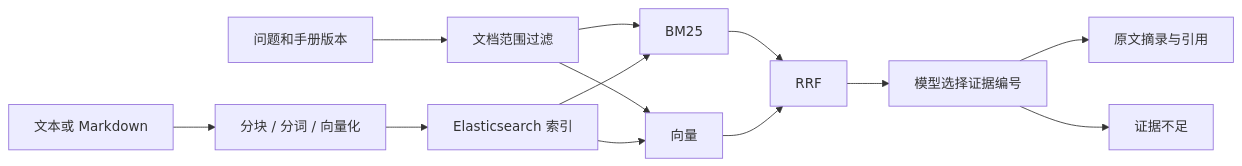
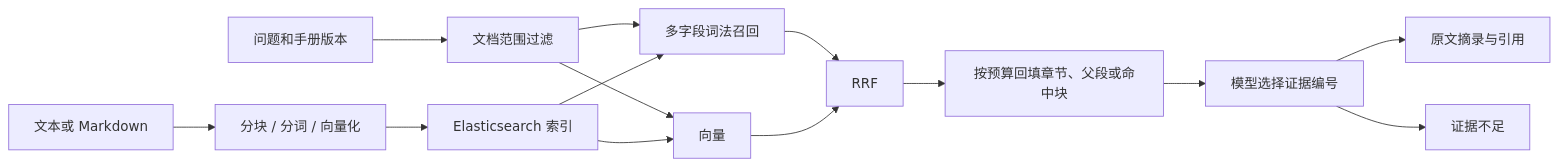
One commit to Zhi-Xiang-Guo/rag4pro changed the diagram in README.md. Above: the diagram before and after it, drawn with Mermaid. The commit also changed other lines of this file and 19 other files, not shown here.

````diff
--- a/README.md
+++ b/README.md
@@ -33,15 +37,16 @@
 ```mermaid
 flowchart LR
     A["文本或 Markdown"] --> B["分块 / 分词 / 向量化"]
     B --> C["Elasticsearch 索引"]
     Q["问题和手册版本"] --> F["文档范围过滤"]
-    F --> D["BM25"]
+    F --> D["多字段词法召回"]
     F --> E["向量"]
     C --> D
     C --> E
     D --> R["RRF"]
     E --> R
-    R --> S["模型选择证据编号"]
+    R --> P["按预算回填章节、父段或命中块"]
+    P --> S["模型选择证据编号"]
     S --> T["原文摘录与引用"]
     S --> U["证据不足"]
 ```
````
